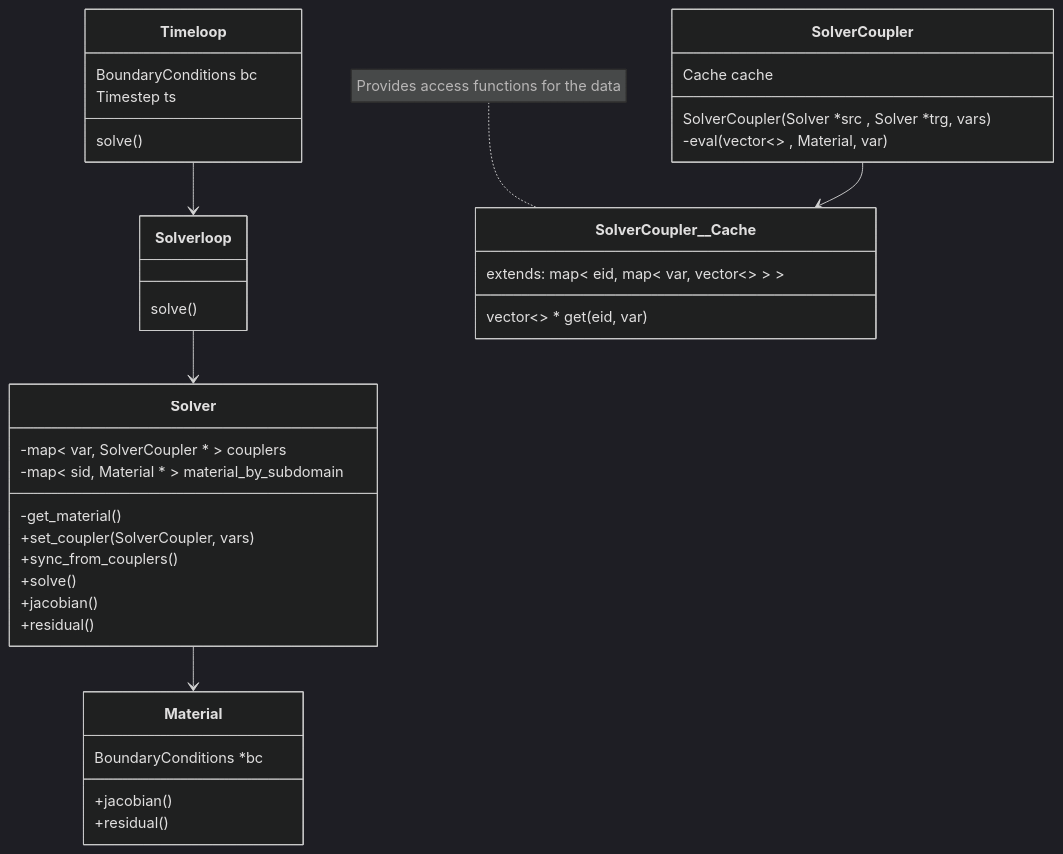
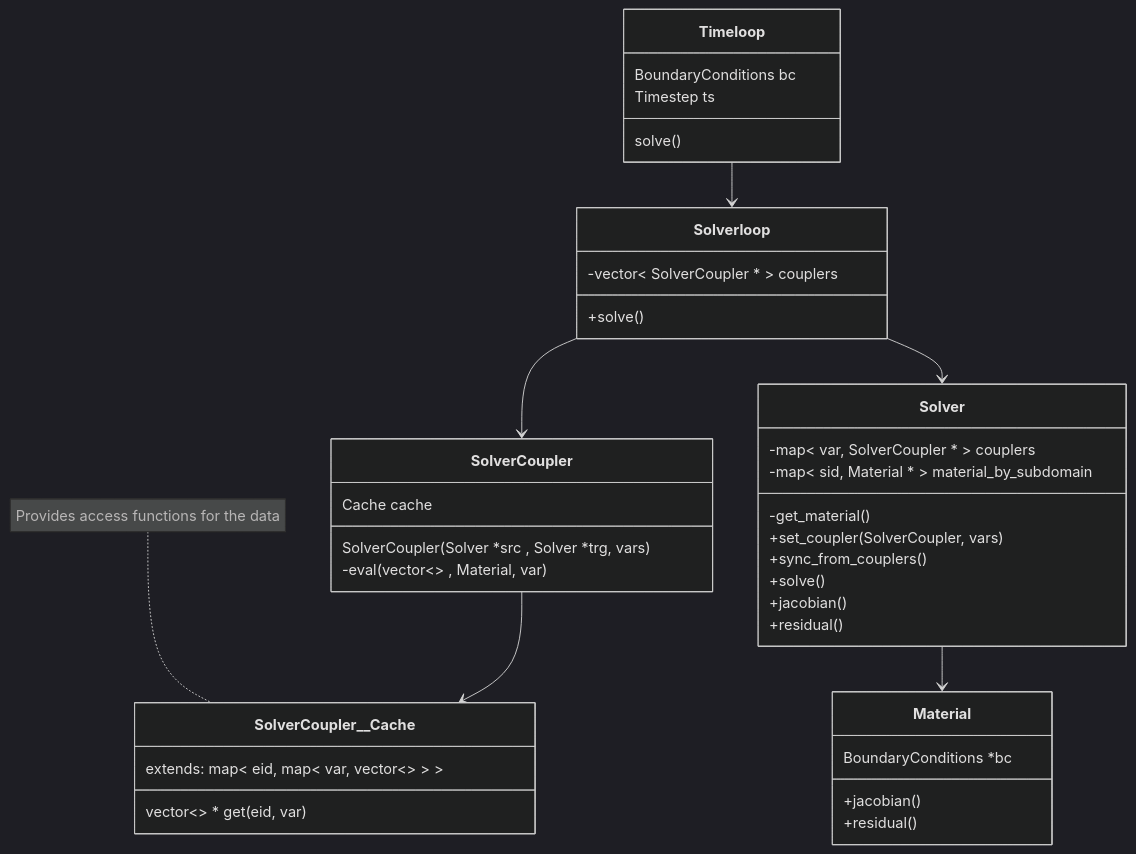
The first of 2 diagrams in doc/Description.md (rebpoli/harpy), drawn with Mermaid (dark theme) before and after one commit.

````diff
--- a/doc/Description.md
+++ b/doc/Description.md
@@ -20,50 +20,52 @@
 ```mermaid
 %% Interfaces, abstract classes
 classDiagram
     class Timeloop { 
         BoundaryConditions bc
         Timestep ts
         solve()
     }
 
     class Solverloop {
-        solve()
+        -vector< SolverCoupler * > couplers
+        +solve()
     }
+    Solverloop --> SolverCoupler
 
     %% Does the calculations and hold the cached data needed to couple SRC->TRG
     %% Can be specialized for more complex data types (e.g. stress or velocities)
     class SolverCoupler__Cache {
         extends: map< eid, map< var, vector<> > >
         vector<> * get( eid, var )
     }
     note for SolverCoupler__Cache "Provides access functions for the data"
     class SolverCoupler {
         SolverCoupler( Solver *src , Solver *trg, vars )
         Cache cache
         -eval( vector<> , Material, var )
     }
     SolverCoupler --> SolverCoupler__Cache
 
     class Solver {
         -map< var, SolverCoupler * > couplers
         -map< sid, Material * > material_by_subdomain
         -get_material()
         +set_coupler(SolverCoupler, vars)
         +sync_from_couplers()
         +solve()
         +jacobian()
         +residual()
     }
 
 
     class Material {
         BoundaryConditions *bc
         +jacobian()
         +residual()
     }
 
     Timeloop --> Solverloop
     Solverloop --> Solver
     Solver --> Material
 
 ```
````
